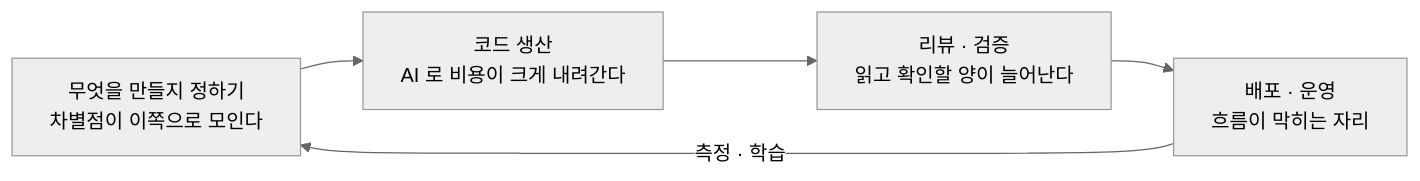
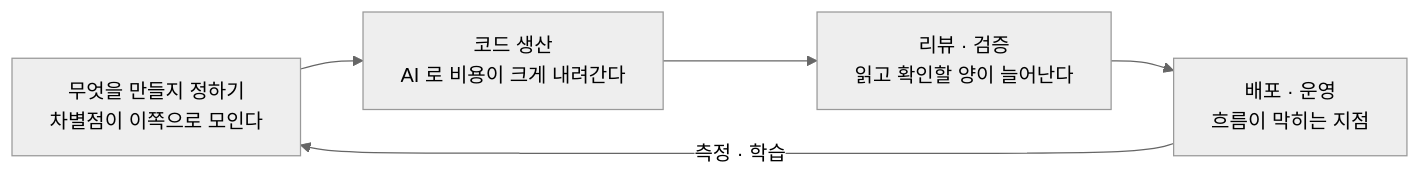
Before and after one commit to withwooyong/withwooyong.github.io: the diagram in content/blog/ai-transformation/leadership-bookshelf-ai-era.md, drawn with Mermaid (neutral theme). The commit also changed other lines of this file and 2 other files, not shown here.

````diff
--- a/content/blog/ai-transformation/leadership-bookshelf-ai-era.md
+++ b/content/blog/ai-transformation/leadership-bookshelf-ai-era.md
@@ -20,7 +20,7 @@
 ```mermaid
 flowchart LR
     A["무엇을 만들지 정하기<br/>차별점이 이쪽으로 모인다"] --> B["코드 생산<br/>AI 로 비용이 크게 내려간다"]
     B --> C["리뷰 · 검증<br/>읽고 확인할 양이 늘어난다"]
-    C --> D["배포 · 운영<br/>흐름이 막히는 자리"]
+    C --> D["배포 · 운영<br/>흐름이 막히는 지점"]
     D -->|"측정 · 학습"| A
 ```
````
